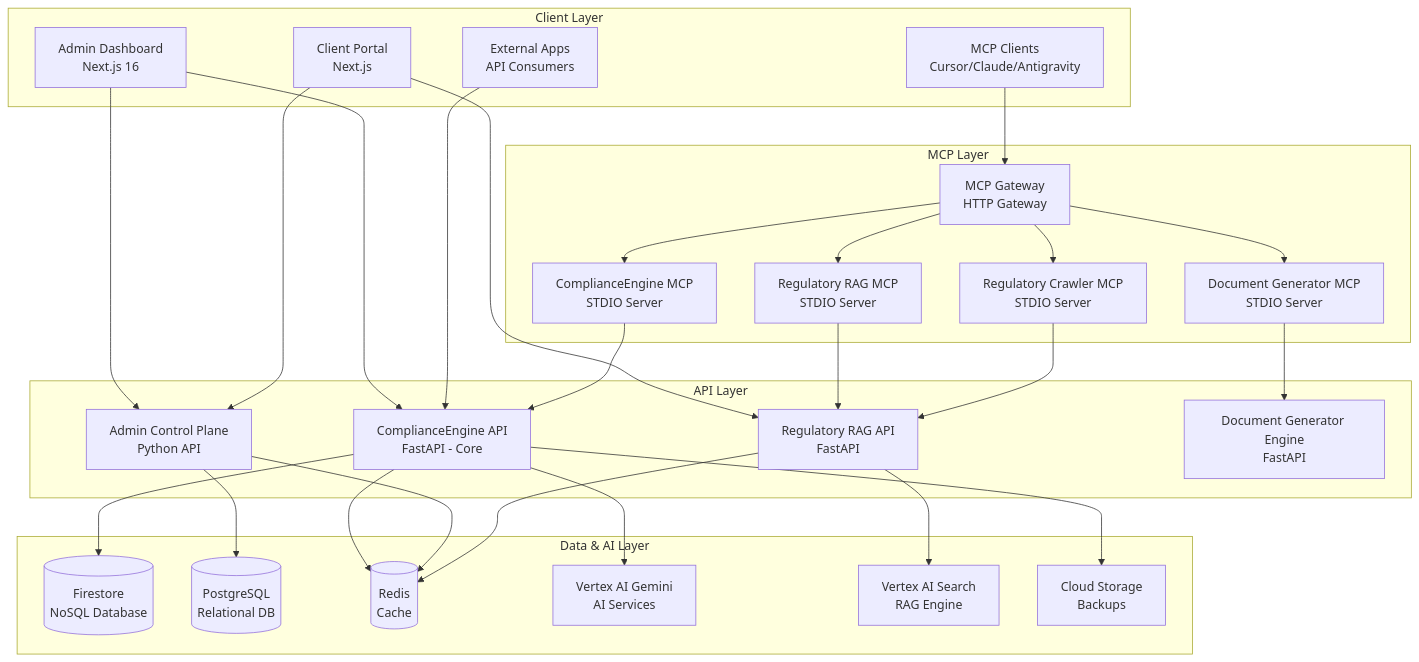
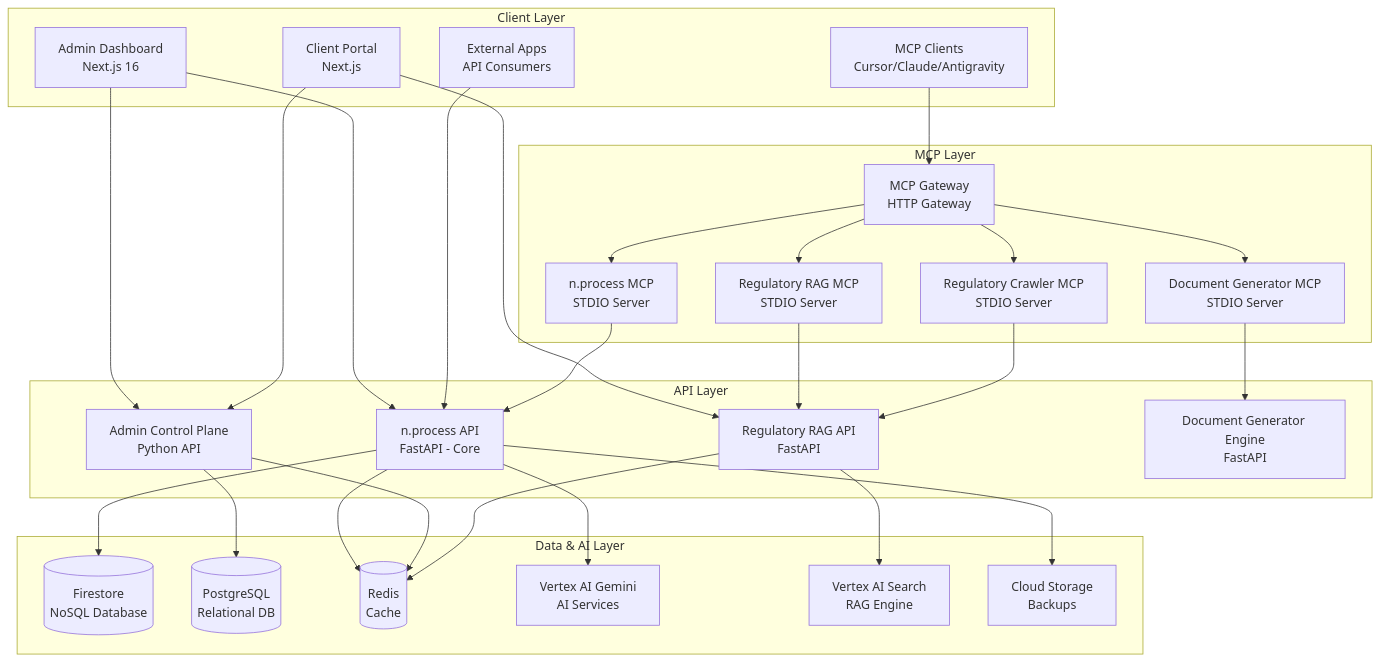
One commit to resper1965/nprocess changed the first of 12 diagrams in README.md. Above: the diagram before and after it, drawn with Mermaid. The commit also changed other lines of this file and 43 other files, not shown here.

First line of the commit message:
refactor: rebrand from ComplianceEngine to n.process

````diff
--- a/README.md
+++ b/README.md
@@ -23,59 +23,59 @@
 ```mermaid
 graph TB
     subgraph "Client Layer"
         A[Admin Dashboard<br/>Next.js 16]
         B[Client Portal<br/>Next.js]
         C[External Apps<br/>API Consumers]
         D[MCP Clients<br/>Cursor/Claude/Antigravity]
     end
 
     subgraph "API Layer"
-        E[ComplianceEngine API<br/>FastAPI - Core]
+        E[n.process API<br/>FastAPI - Core]
         F[Admin Control Plane<br/>Python API]
         G[Regulatory RAG API<br/>FastAPI]
         H[Document Generator Engine<br/>FastAPI]
     end
 
     subgraph "MCP Layer"
         I[MCP Gateway<br/>HTTP Gateway]
-        J[ComplianceEngine MCP<br/>STDIO Server]
+        J[n.process MCP<br/>STDIO Server]
         K[Regulatory RAG MCP<br/>STDIO Server]
         L[Document Generator MCP<br/>STDIO Server]
         M[Regulatory Crawler MCP<br/>STDIO Server]
     end
 
     subgraph "Data & AI Layer"
         N[(Firestore<br/>NoSQL Database)]
         O[(PostgreSQL<br/>Relational DB)]
         P[(Redis<br/>Cache)]
         Q[Vertex AI Gemini<br/>AI Services]
         R[Vertex AI Search<br/>RAG Engine]
         S[Cloud Storage<br/>Backups]
     end
 
     A --> E
     A --> F
     B --> F
     B --> G
     C --> E
     D --> I
     
     I --> J
     I --> K
     I --> L
     I --> M
     
     J --> E
     K --> G
     L --> H
     M --> G
     
     E --> N
     E --> Q
     E --> P
     F --> O
     F --> P
     G --> R
     G --> P
     E --> S
 ```
````
